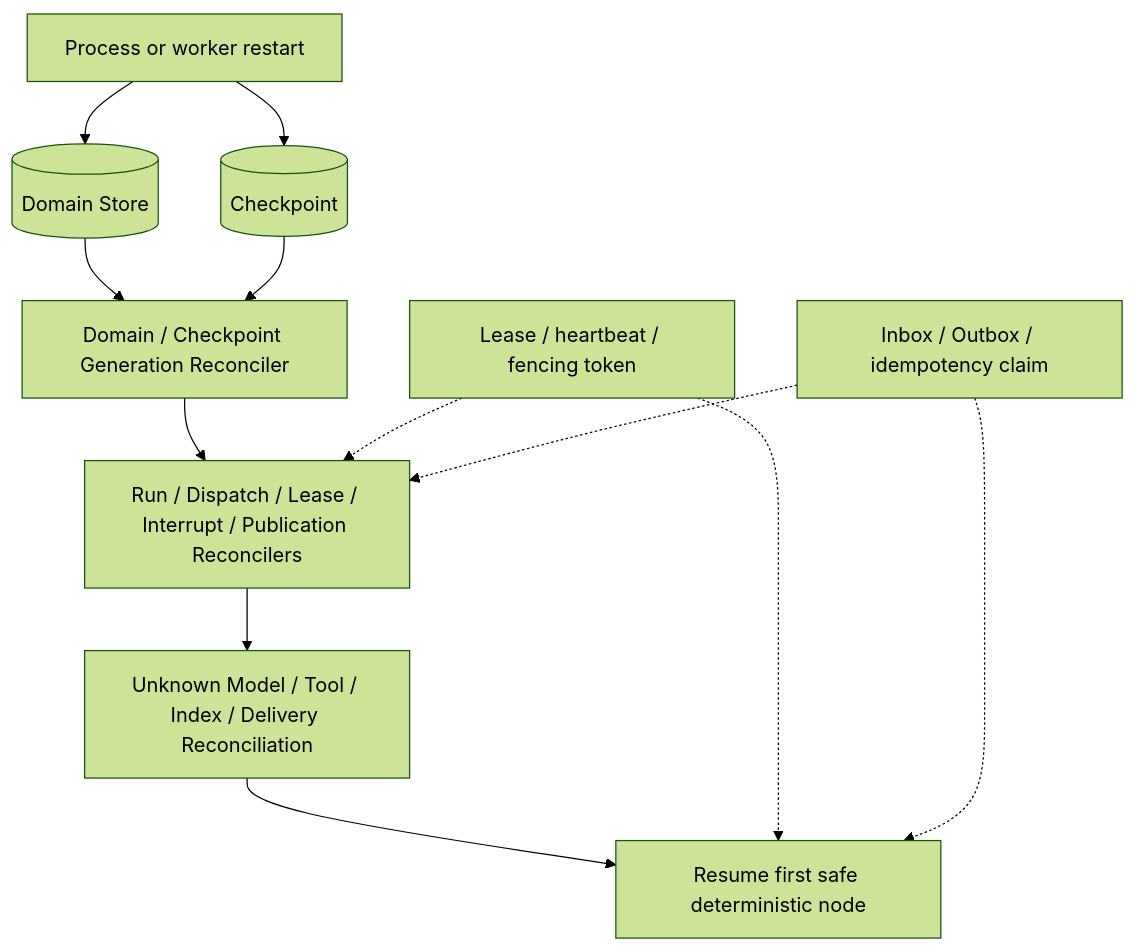
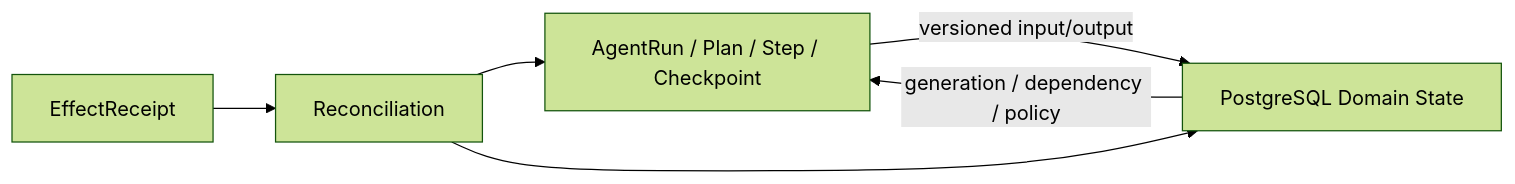
The eighth of 14 diagrams in docs/project/architecture/architecture-views.md (ProfessorZhi/Zuno), drawn with Mermaid (forest theme) before and after one commit. The commit also changed other lines of this file and 99 other files, not shown here.

Commit message:
docs: reframe architecture around Python microservices

````diff
--- a/docs/project/architecture/architecture-views.md
+++ b/docs/project/architecture/architecture-views.md
@@ -215,11 +115,10 @@
 ```mermaid
-flowchart TB
-  RESTART[Process or worker restart] --> DOMAIN[(Domain Store)]
-  RESTART --> CHECK[(Checkpoint)]
-  DOMAIN & CHECK --> GEN[Domain / Checkpoint Generation Reconciler]
-  GEN --> ORPHAN[Run / Dispatch / Lease / Interrupt / Publication Reconcilers]
-  ORPHAN --> EFFECT[Unknown Model / Tool / Index / Delivery Reconciliation]
-  EFFECT --> RESUME[Resume first safe deterministic node]
-  LEASE[Lease / heartbeat / fencing token] -.-> ORPHAN & RESUME
-  INBOX[Inbox / Outbox / idempotency claim] -.-> ORPHAN & RESUME
+flowchart LR
+  RUNTIME[AgentRun / Plan / Step / Checkpoint]
+  DOMAIN[PostgreSQL Domain State]
+  RUNTIME -->|versioned input/output| DOMAIN
+  DOMAIN -->|generation / dependency / policy| RUNTIME
+  EFFECT[EffectReceipt] --> RECON[Reconciliation]
+  RECON --> RUNTIME
+  RECON --> DOMAIN
 ```
````
